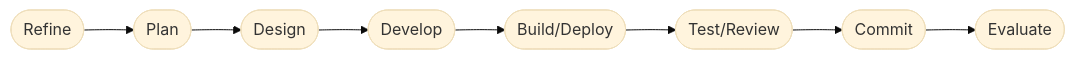
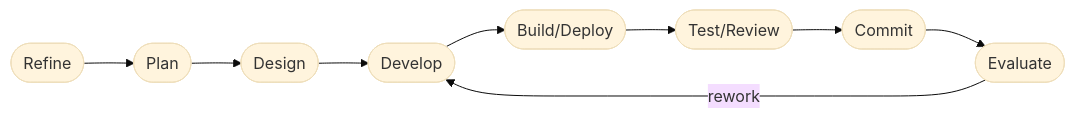
One commit to ashuksingh11/tizenclaw changed the diagram in .dev/DASHBOARD.md. Above: the diagram before and after it, drawn with Mermaid (base theme). The commit also changed other lines of this file and 3 other files, not shown here.

````diff
--- a/.dev/DASHBOARD.md
+++ b/.dev/DASHBOARD.md
@@ -61,10 +82,11 @@
 ```mermaid
 flowchart LR
     refine([Refine]) --> plan([Plan])
     plan --> design([Design])
     design --> develop([Develop])
     develop --> build([Build/Deploy])
     build --> test([Test/Review])
     test --> commit([Commit])
     commit --> evaluate([Evaluate])
+    evaluate -->|rework| develop
 ```
````
